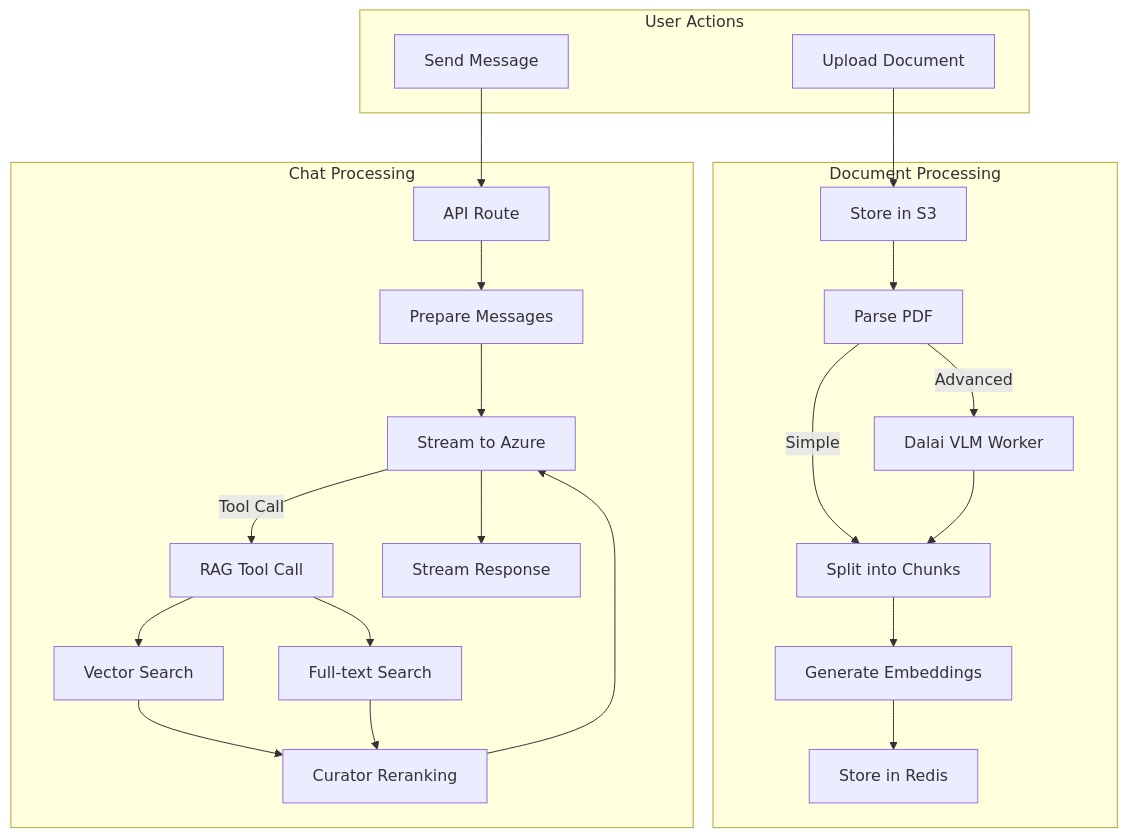
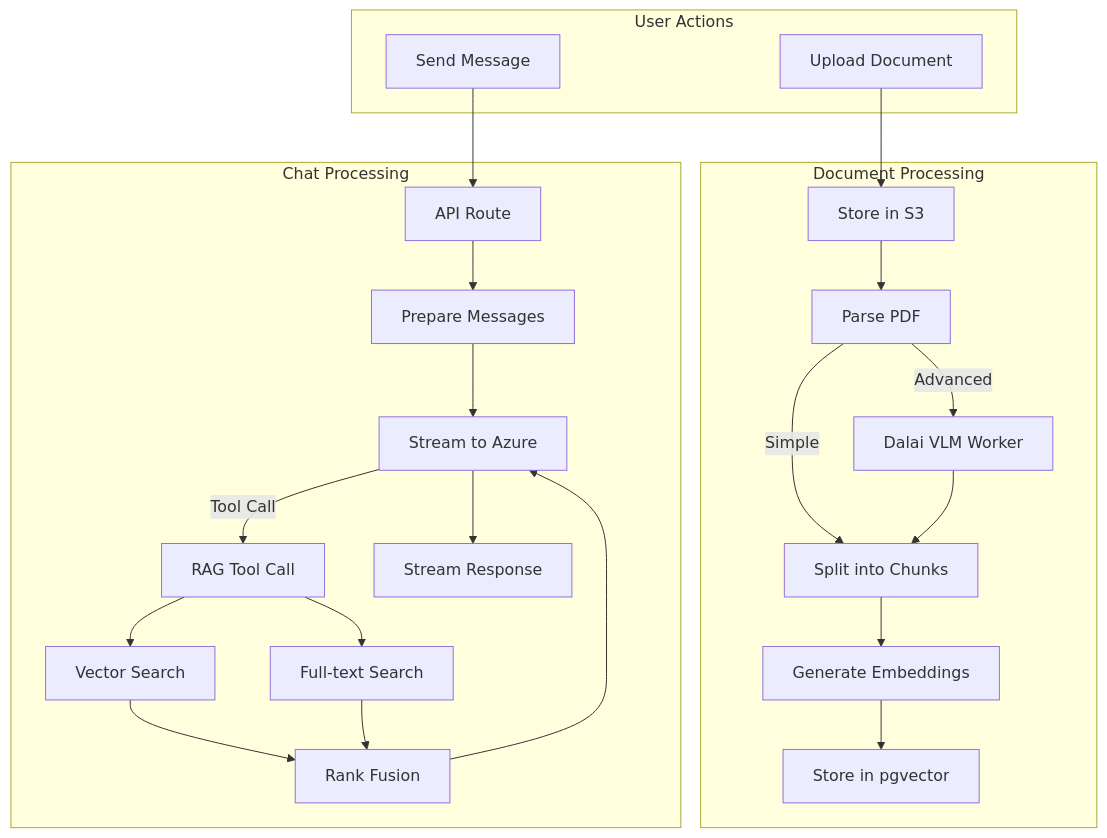
Before and after one commit to UniversityOfHelsinkiCS/gptwrapper: diagram 12 of 12 in documentation/system-architecture.md, drawn with Mermaid. The commit also changed other lines of this file and 1 other file, not shown here.

````diff
--- a/documentation/system-architecture.md
+++ b/documentation/system-architecture.md
@@ -299,46 +294,46 @@
 ```mermaid
 flowchart TB
     subgraph "User Actions"
         Upload[Upload Document]
         Chat[Send Message]
     end
 
     subgraph "Document Processing"
         S3Store[Store in S3]
         Parse[Parse PDF]
         Dalai[Dalai VLM Worker]
         Chunk[Split into Chunks]
         Embed[Generate Embeddings]
-        Store[Store in Redis]
+        Store[Store in pgvector]
     end
 
     subgraph "Chat Processing"
         Route[API Route]
         PrepareMsg[Prepare Messages]
         Stream[Stream to Azure]
         ToolCall[RAG Tool Call]
         VectorSearch[Vector Search]
         FTSearch[Full-text Search]
-        Rerank[Curator Reranking]
+        Fuse[Rank Fusion]
         Respond[Stream Response]
     end
 
     Upload --> S3Store
     S3Store --> Parse
     Parse -->|Advanced| Dalai
     Parse -->|Simple| Chunk
     Dalai --> Chunk
     Chunk --> Embed
     Embed --> Store
 
     Chat --> Route
     Route --> PrepareMsg
     PrepareMsg --> Stream
     Stream -->|Tool Call| ToolCall
     ToolCall --> VectorSearch
     ToolCall --> FTSearch
-    VectorSearch --> Rerank
-    FTSearch --> Rerank
-    Rerank --> Stream
+    VectorSearch --> Fuse
+    FTSearch --> Fuse
+    Fuse --> Stream
     Stream --> Respond
 ```
````
